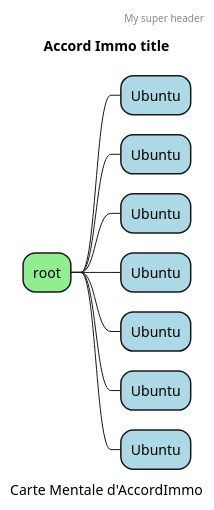
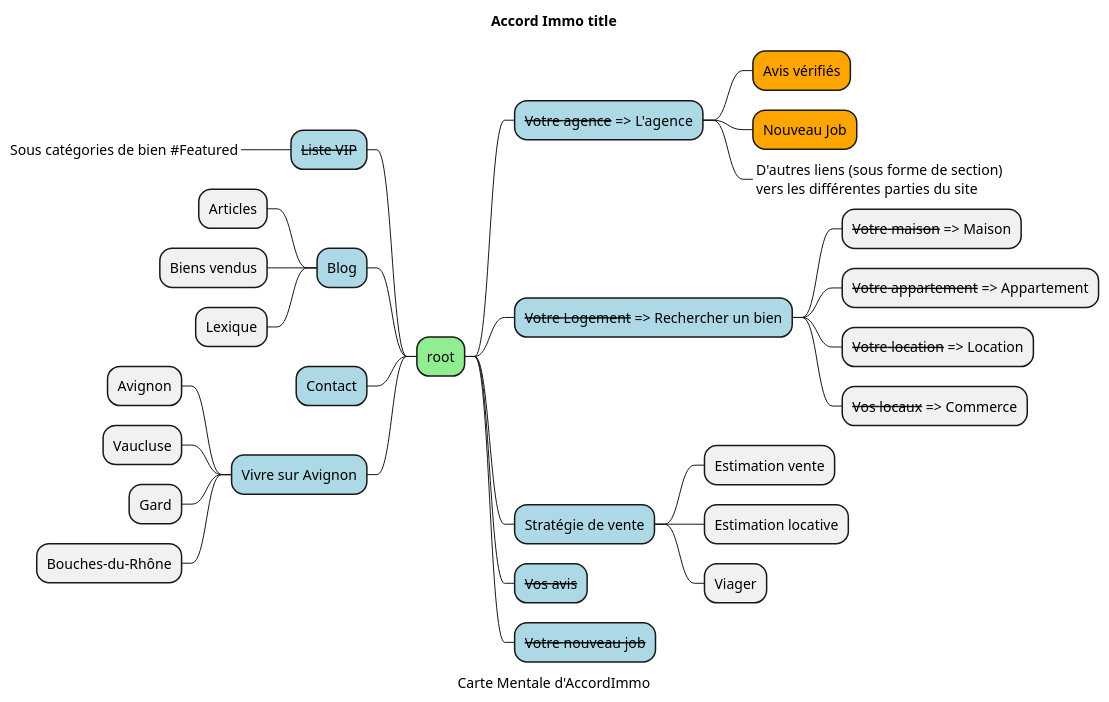
Before and after one commit to ifiroth/accordimmo: the diagram in project/semanticmap.puml, drawn with PlantUML. The commit also changed 8 other files, not shown here.

```diff
--- a/project/semanticmap.puml
+++ b/project/semanticmap.puml
@@ -1,19 +1,41 @@
 @startmindmap
 'https://plantuml.com/mindmap-diagram
 
 caption Carte Mentale d'AccordImmo
 title Accord Immo title
 
+skinparam maxMessageSize 10
+
 *[#LightGreen] root
-**[#LightBlue] Ubuntu
-**[#LightBlue] Ubuntu
-**[#LightBlue] Ubuntu
-**[#LightBlue] Ubuntu
-**[#LightBlue] Ubuntu
-**[#LightBlue] Ubuntu
-**[#LightBlue] Ubuntu
+**[#LightBlue] <s>Votre agence</s> => L'agence
+***[#Orange] Avis vérifiés
+***[#Orange] Nouveau Job
+***_ D'autres liens (sous forme de section) \nvers les différentes parties du site
+**[#LightBlue] <s>Votre Logement</s> => Rechercher un bien
+*** <s>Votre maison</s> => Maison
+*** <s>Votre appartement</s> => Appartement
+*** <s>Votre location</s> => Location
+*** <s>Vos locaux</s> => Commerce
+**[#LightBlue] Stratégie de vente
+*** Estimation vente
+*** Estimation locative
+*** Viager
+**[#LightBlue] <s>Vos avis</s>
+**[#LightBlue] <s>Votre nouveau job</s>
 
-header
-My super header
-endheader
+left side
+
+**[#LightBlue] <s>Liste VIP</s>
+***_ Sous catégories de bien #Featured
+**[#LightBlue] Blog
+*** Articles
+*** Biens vendus
+*** Lexique
+**[#LightBlue] Contact
+**[#LightBlue] Vivre sur Avignon
+*** Avignon
+*** Vaucluse
+*** Gard
+*** Bouches-du-Rhône
+
 @endmindmap
```
